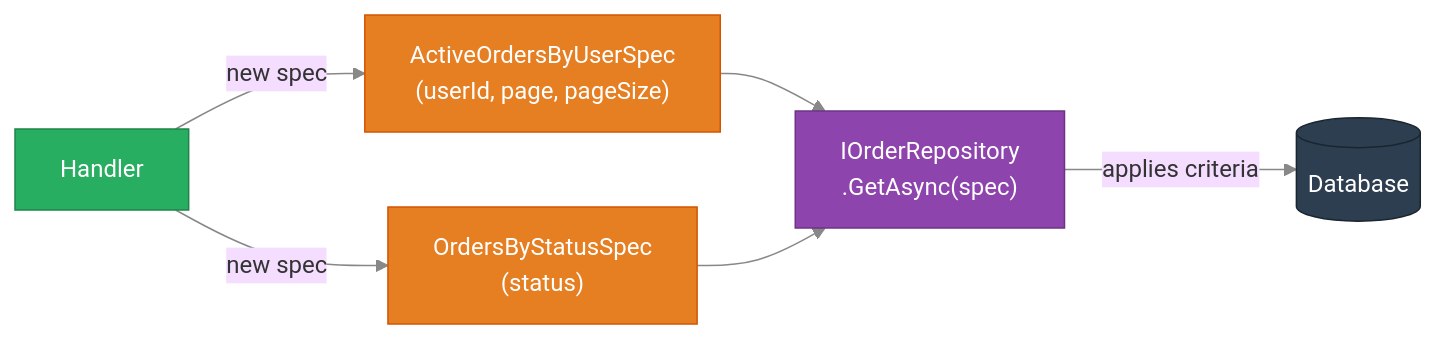
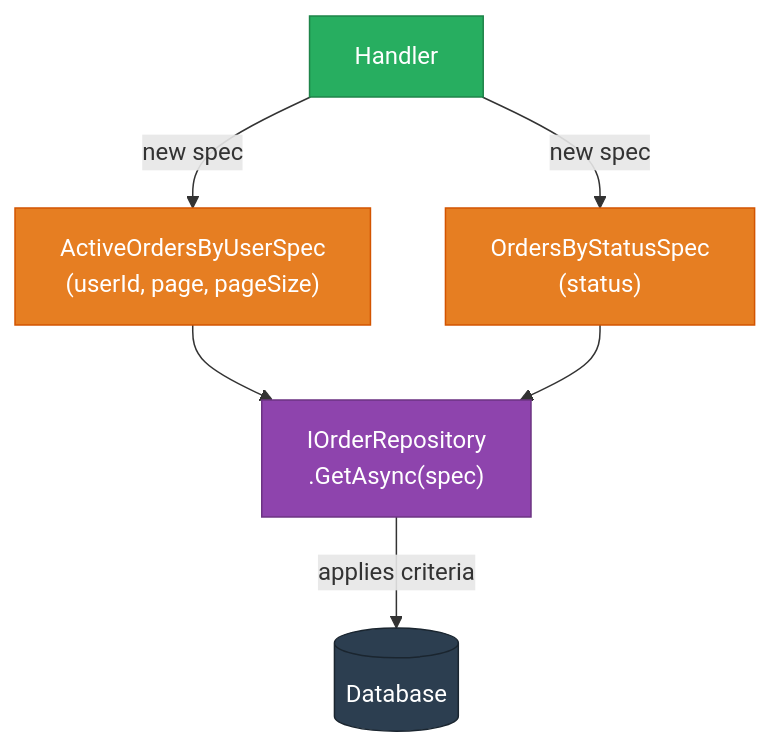
The third of 4 diagrams in docs/adr/ADR-011-Repository-Specification-and-Unit-of-Work.md (seesathish/AntKart-Src3), drawn with Mermaid before and after one commit. The commit also changed other lines of this file and 7 other files, not shown here.

````diff
--- a/docs/adr/ADR-011-Repository-Specification-and-Unit-of-Work.md
+++ b/docs/adr/ADR-011-Repository-Specification-and-Unit-of-Work.md
@@ -216,20 +214,19 @@
 ```mermaid
-%%{init: {'theme': 'base', 'themeVariables': {'lineColor': '#888888'}}}%%
-flowchart LR
+flowchart TB
     classDef hand fill:#27AE60,stroke:#1E8449,color:#fff
     classDef spec fill:#E67E22,stroke:#D35400,color:#fff
     classDef repo fill:#8E44AD,stroke:#6C3483,color:#fff
     classDef db fill:#2C3E50,stroke:#1A252F,color:#fff
 
     H["Handler"]:::hand
-    S1["ActiveOrdersByUserSpec\n(userId, page, pageSize)"]:::spec
-    S2["OrdersByStatusSpec\n(status)"]:::spec
-    R["IOrderRepository\n.GetAsync(spec)"]:::repo
+    S1["ActiveOrdersByUserSpec<br/>(userId, page, pageSize)"]:::spec
+    S2["OrdersByStatusSpec<br/>(status)"]:::spec
+    R["IOrderRepository<br/>.GetAsync(spec)"]:::repo
     DB[("Database")]:::db
 
     H -->|"new spec"| S1
     H -->|"new spec"| S2
     S1 --> R
     S2 --> R
     R -->|"applies criteria"| DB
 ```
````
